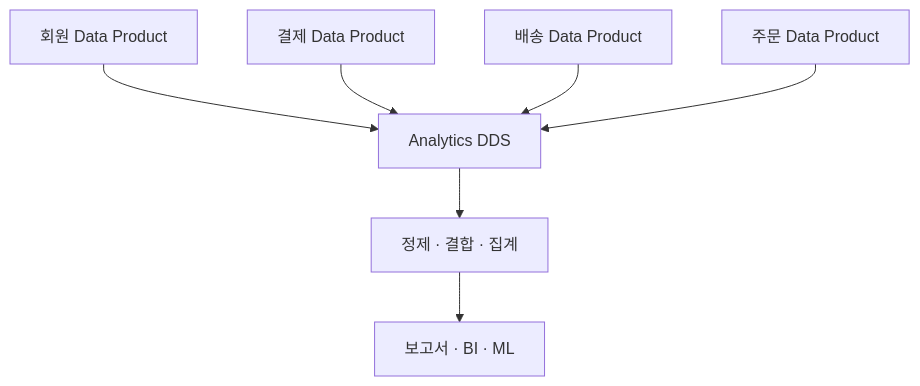
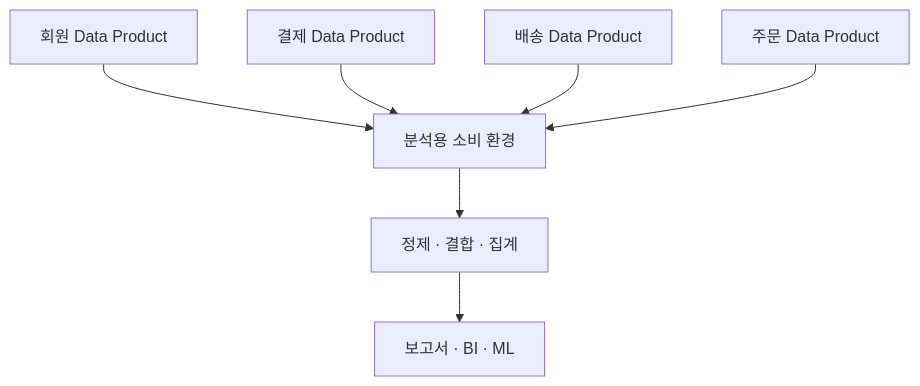
The fourth of 21 diagrams in 모던 데이터 아키텍처/19장. 데이터를 소비하는 환경.md (i31pc17/bitbook), drawn with Mermaid before and after one commit. The commit also changed other lines of this file and 2 other files, not shown here.

````diff
--- a/모던 데이터 아키텍처/19장. 데이터를 소비하는 환경.md
+++ b/모던 데이터 아키텍처/19장. 데이터를 소비하는 환경.md
@@ -308,16 +319,16 @@
 ```mermaid
 flowchart TD
     n0["회원 Data Product"]
     n1["결제 Data Product"]
     n2["배송 Data Product"]
     n3["주문 Data Product"]
-    n4["Analytics DDS"]
+    n4["분석용 소비 환경"]
     n5["정제 · 결합 · 집계"]
     n6["보고서 · BI · ML"]
     n0 --> n4
     n1 --> n4
     n2 --> n4
     n3 --> n4
     n4 --> n5
     n5 --> n6
 ```
````
